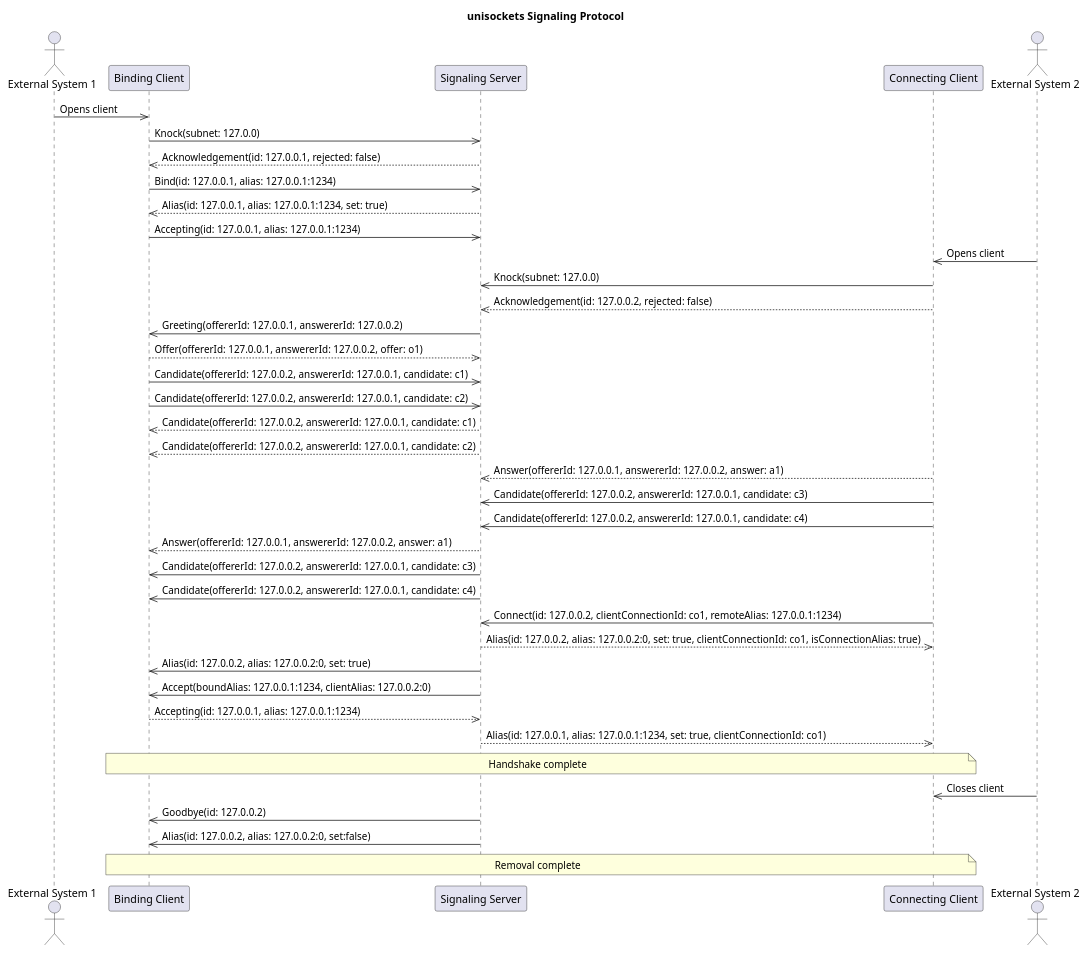
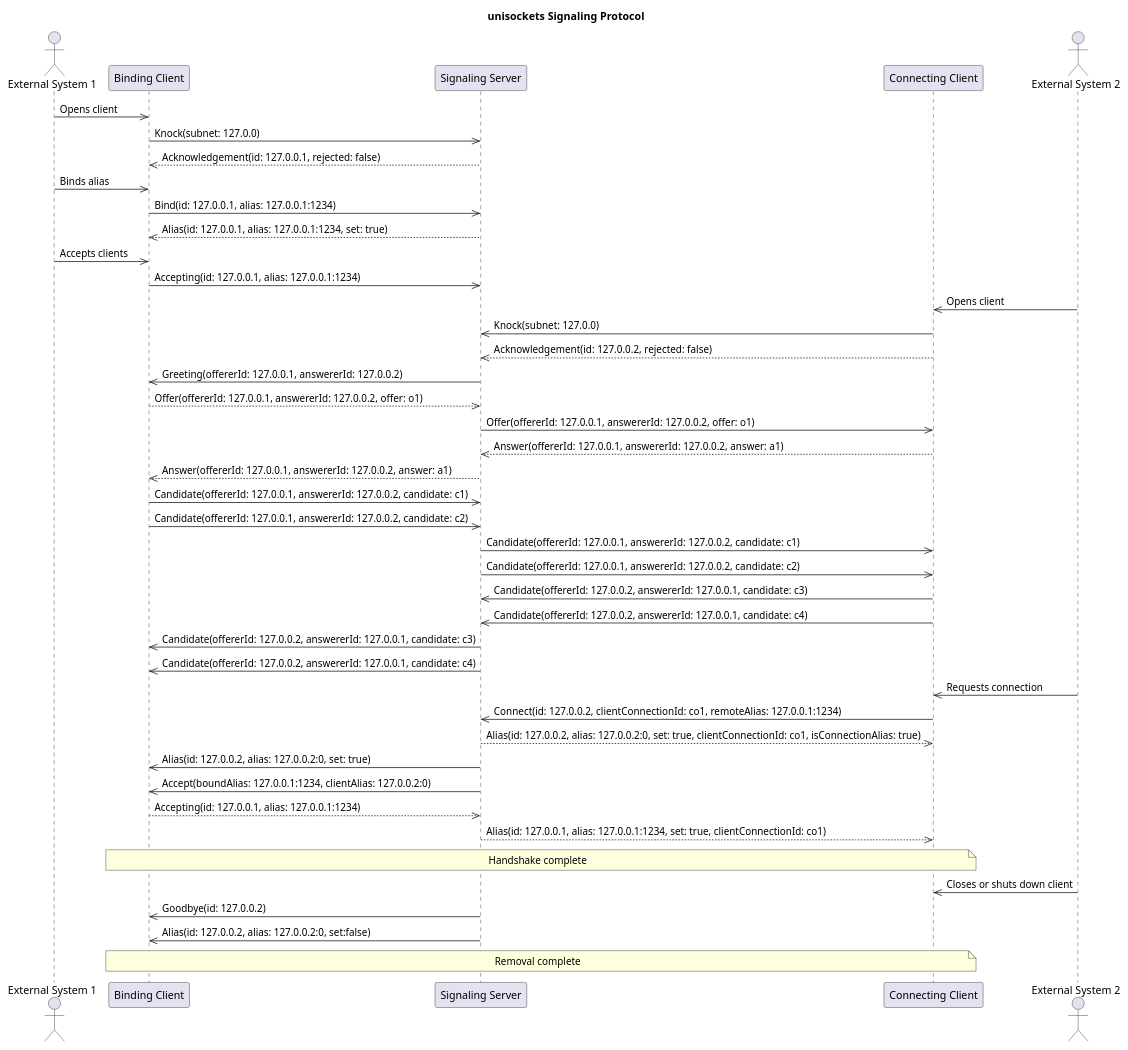
One commit to pojntfx/unisockets changed the diagram in protocol.puml. Above: the diagram before and after it, drawn with PlantUML.

Commit message:
docs: Add more details to candidate exchange in protocol

```diff
--- a/protocol.puml
+++ b/protocol.puml
@@ -1,59 +1,69 @@
 @startuml
 title unisockets Signaling Protocol
 
 actor "External System 1" as e1
 participant "Binding Client" as bc
 participant "Signaling Server" as ss
 participant "Connecting Client" as cc
 actor "External System 2" as e2
 
 e1 ->> bc: Opens client
 
 bc ->> ss: Knock(subnet: 127.0.0)
 ss -->> bc: Acknowledgement(id: 127.0.0.1, rejected: false)
 
+e1 ->> bc: Binds alias
+
 bc ->> ss: Bind(id: 127.0.0.1, alias: 127.0.0.1:1234)
 ss -->> bc: Alias(id: 127.0.0.1, alias: 127.0.0.1:1234, set: true)
+
+e1 ->> bc: Accepts clients
 
 bc ->> ss: Accepting(id: 127.0.0.1, alias: 127.0.0.1:1234)
 
 e2 ->> cc: Opens client
 
 cc ->> ss: Knock(subnet: 127.0.0)
 cc -->> ss: Acknowledgement(id: 127.0.0.2, rejected: false)
 
 ss ->> bc: Greeting(offererId: 127.0.0.1, answererId: 127.0.0.2)
 bc -->> ss: Offer(offererId: 127.0.0.1, answererId: 127.0.0.2, offer: o1)
-bc ->> ss: Candidate(offererId: 127.0.0.2, answererId: 127.0.0.1, candidate: c1)
-bc ->> ss: Candidate(offererId: 127.0.0.2, answererId: 127.0.0.1, candidate: c2)
-ss -->> bc: Candidate(offererId: 127.0.0.2, answererId: 127.0.0.1, candidate: c1)
-ss -->> bc: Candidate(offererId: 127.0.0.2, answererId: 127.0.0.1, candidate: c2)
+
+ss ->> cc: Offer(offererId: 127.0.0.1, answererId: 127.0.0.2, offer: o1)
 
 cc -->> ss: Answer(offererId: 127.0.0.1, answererId: 127.0.0.2, answer: a1)
+
+ss -->> bc: Answer(offererId: 127.0.0.1, answererId: 127.0.0.2, answer: a1)
+
+bc ->> ss: Candidate(offererId: 127.0.0.1, answererId: 127.0.0.2, candidate: c1)
+bc ->> ss: Candidate(offererId: 127.0.0.1, answererId: 127.0.0.2, candidate: c2)
+
+ss ->> cc: Candidate(offererId: 127.0.0.1, answererId: 127.0.0.2, candidate: c1)
+ss ->> cc: Candidate(offererId: 127.0.0.1, answererId: 127.0.0.2, candidate: c2)
 cc ->> ss: Candidate(offererId: 127.0.0.2, answererId: 127.0.0.1, candidate: c3)
 cc ->> ss: Candidate(offererId: 127.0.0.2, answererId: 127.0.0.1, candidate: c4)
 
-ss -->> bc: Answer(offererId: 127.0.0.1, answererId: 127.0.0.2, answer: a1)
-
 ss ->> bc: Candidate(offererId: 127.0.0.2, answererId: 127.0.0.1, candidate: c3)
 ss ->> bc: Candidate(offererId: 127.0.0.2, answererId: 127.0.0.1, candidate: c4)
+
+e2 ->> cc: Requests connection
 
 cc ->> ss: Connect(id: 127.0.0.2, clientConnectionId: co1, remoteAlias: 127.0.0.1:1234)
 
 ss -->> cc: Alias(id: 127.0.0.2, alias: 127.0.0.2:0, set: true, clientConnectionId: co1, isConnectionAlias: true)
 ss ->> bc: Alias(id: 127.0.0.2, alias: 127.0.0.2:0, set: true)
 
 ss ->> bc: Accept(boundAlias: 127.0.0.1:1234, clientAlias: 127.0.0.2:0)
 bc -->> ss: Accepting(id: 127.0.0.1, alias: 127.0.0.1:1234)
 
 ss -->> cc: Alias(id: 127.0.0.1, alias: 127.0.0.1:1234, set: true, clientConnectionId: co1)
 
 note over bc,cc:Handshake complete
 
-e2 ->> cc: Closes client
+e2 ->> cc: Closes or shuts down client
 
 ss ->> bc: Goodbye(id: 127.0.0.2)
 ss ->> bc: Alias(id: 127.0.0.2, alias: 127.0.0.2:0, set:false)
 
 note over bc,cc:Removal complete
 @enduml
```
